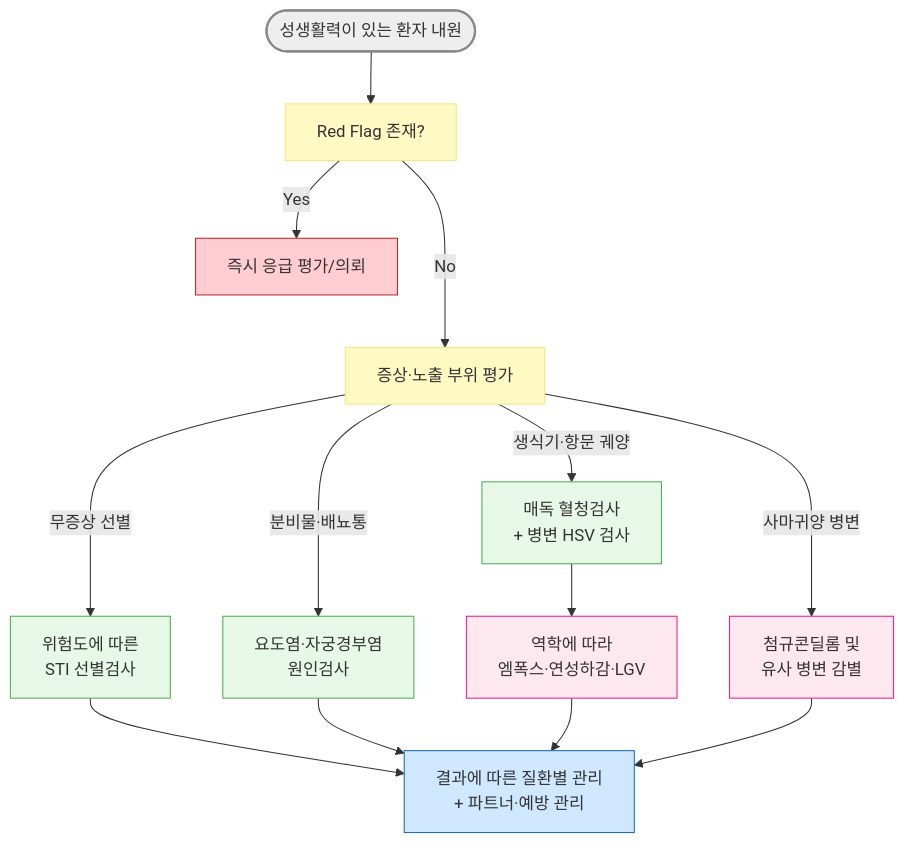
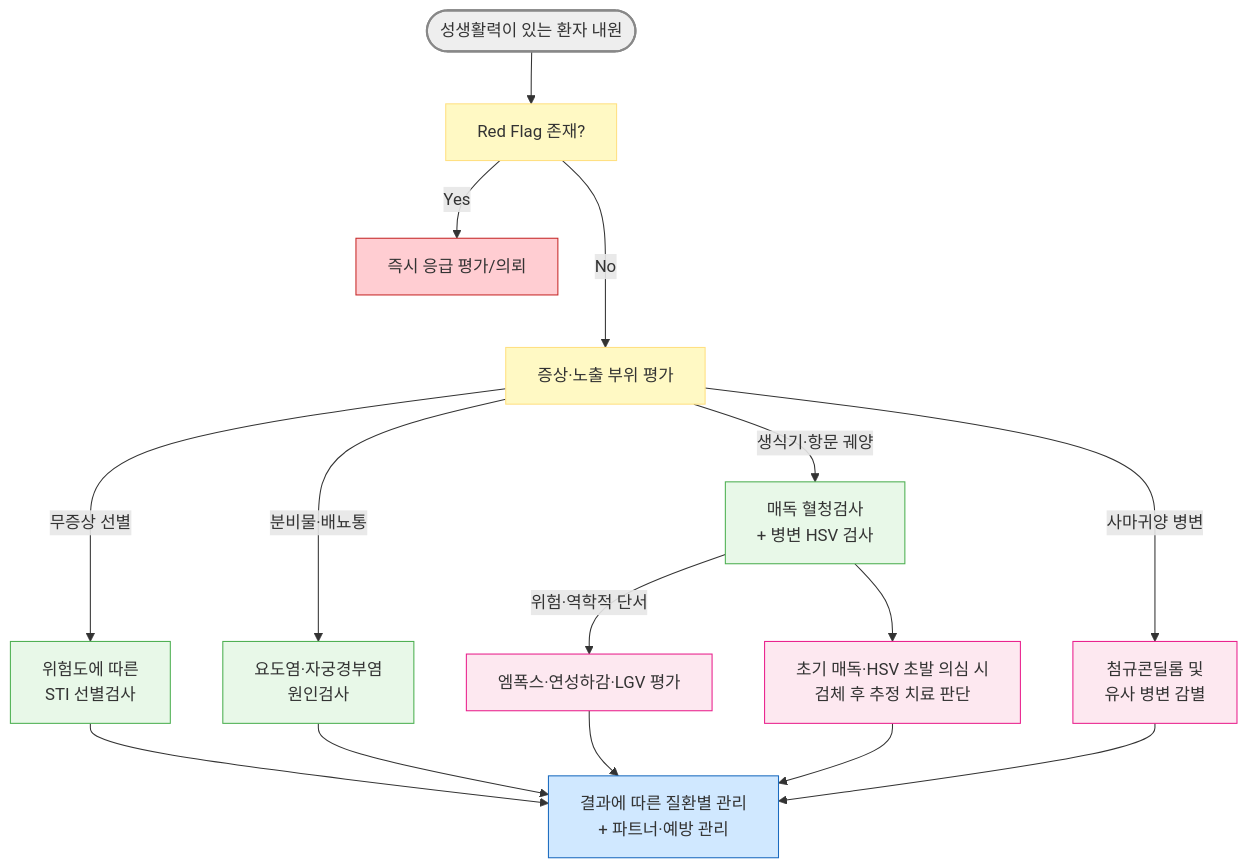
Before and after one commit to familyoh77/familyoh77: the diagram in 227_/115_-1.STI.md, drawn with Mermaid. The commit also changed other lines of this file, not shown here.

````diff
--- a/227_/115_-1.STI.md
+++ b/227_/115_-1.STI.md
@@ -117,24 +117,26 @@
 ```mermaid
 graph TD
     A([성생활력이 있는 환자 내원]) --> B[Red Flag 존재?]
     B -- Yes --> C[즉시 응급 평가/의뢰]
     B -- No ---> D[증상·노출 부위 평가]
     D -- 무증상 선별 --> E[위험도에 따른<br/>STI 선별검사]
     D -- 분비물·배뇨통 --> F[요도염·자궁경부염<br/>원인검사]
     D -- 생식기·항문 궤양 --> G[매독 혈청검사<br/>+ 병변 HSV 검사]
-    G --> G1[역학에 따라<br/>엠폭스·연성하감·LGV]
+    G --> G2[초기 매독·HSV 초발 의심 시<br/>검체 후 추정 치료 판단]
+    G -- 위험·역학적 단서 --> G1[엠폭스·연성하감·LGV 평가]
     D -- 사마귀양 병변 --> H[첨규콘딜롬 및<br/>유사 병변 감별]
     E --> I[결과에 따른 질환별 관리<br/>+ 파트너·예방 관리]
     F --> I
     G1 --> I
+    G2 --> I
     H --> I
 style A fill:#eeeeee,stroke:#888888,stroke-width:2px
 classDef yellow fill:#fff9c4,stroke:#ffe082
 class B,D yellow
 style C fill:#ffcdd2,stroke:#c62828
 classDef lightGreen fill:#e8f8e8,stroke:#4caf50
 class E,F,G lightGreen
 style I fill:#d0e8ff,stroke:#1a6abf
 classDef pink fill:#fde8f0,stroke:#e91e8c
-class G1,H pink
+class G1,G2,H pink
 ```
````
